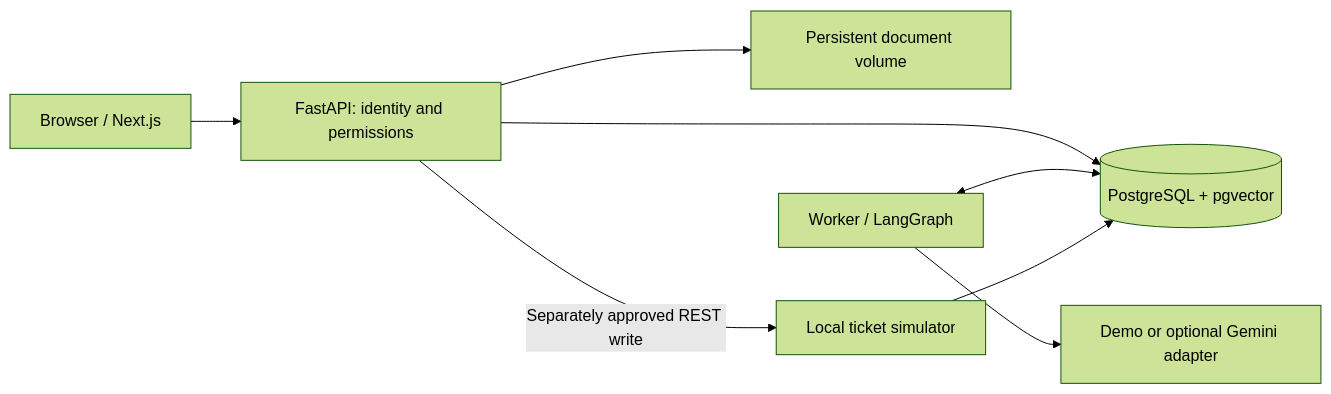
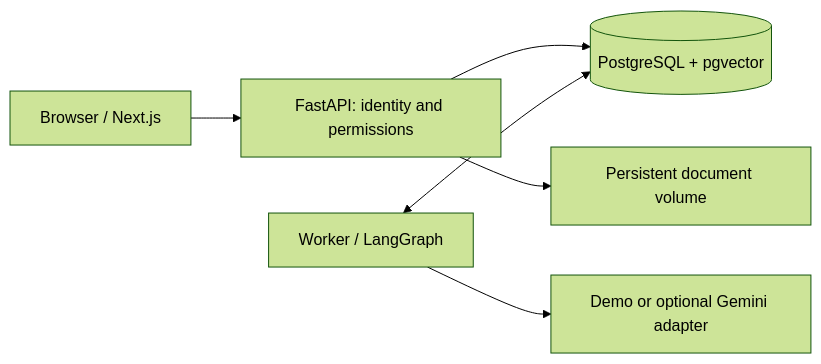
Before and after one commit to Arek525/counterparty_risk_analyst: the diagram in README.md, drawn with Mermaid (forest theme). The commit also changed other lines of this file and 14 other files, not shown here.

First line of the commit message:
docs: consolidate architecture, operations and retrieval guidance

````diff
--- a/README.md
+++ b/README.md
@@ -108,10 +132,8 @@
 ```mermaid
 flowchart LR
     Browser[Browser / Next.js] --> API[FastAPI: identity and permissions]
     API --> DB[(PostgreSQL + pgvector)]
     API --> Files[Persistent document volume]
     Worker[Worker / LangGraph] <--> DB
     Worker --> Adapter[Demo or optional Gemini adapter]
-    API -->|Separately approved REST write| Tickets[Local ticket simulator]
-    Tickets --> DB
 ```
````
